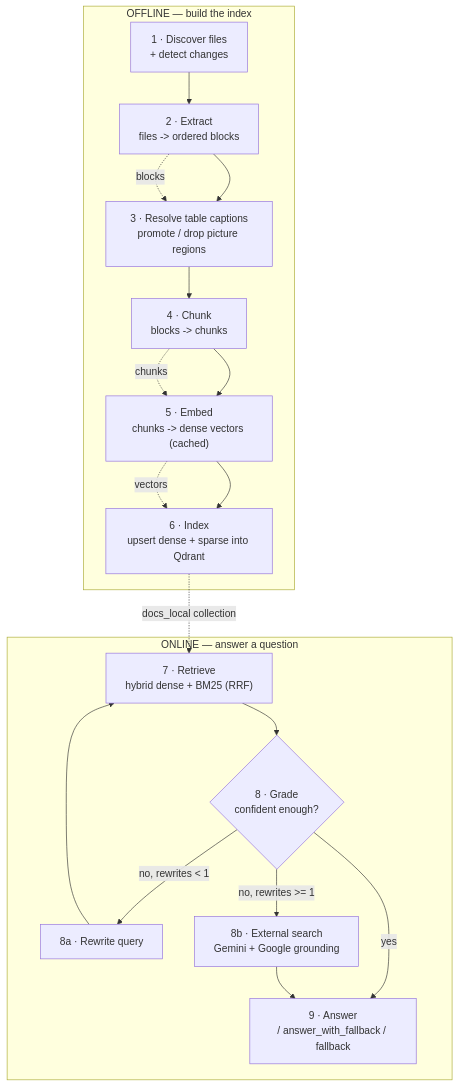
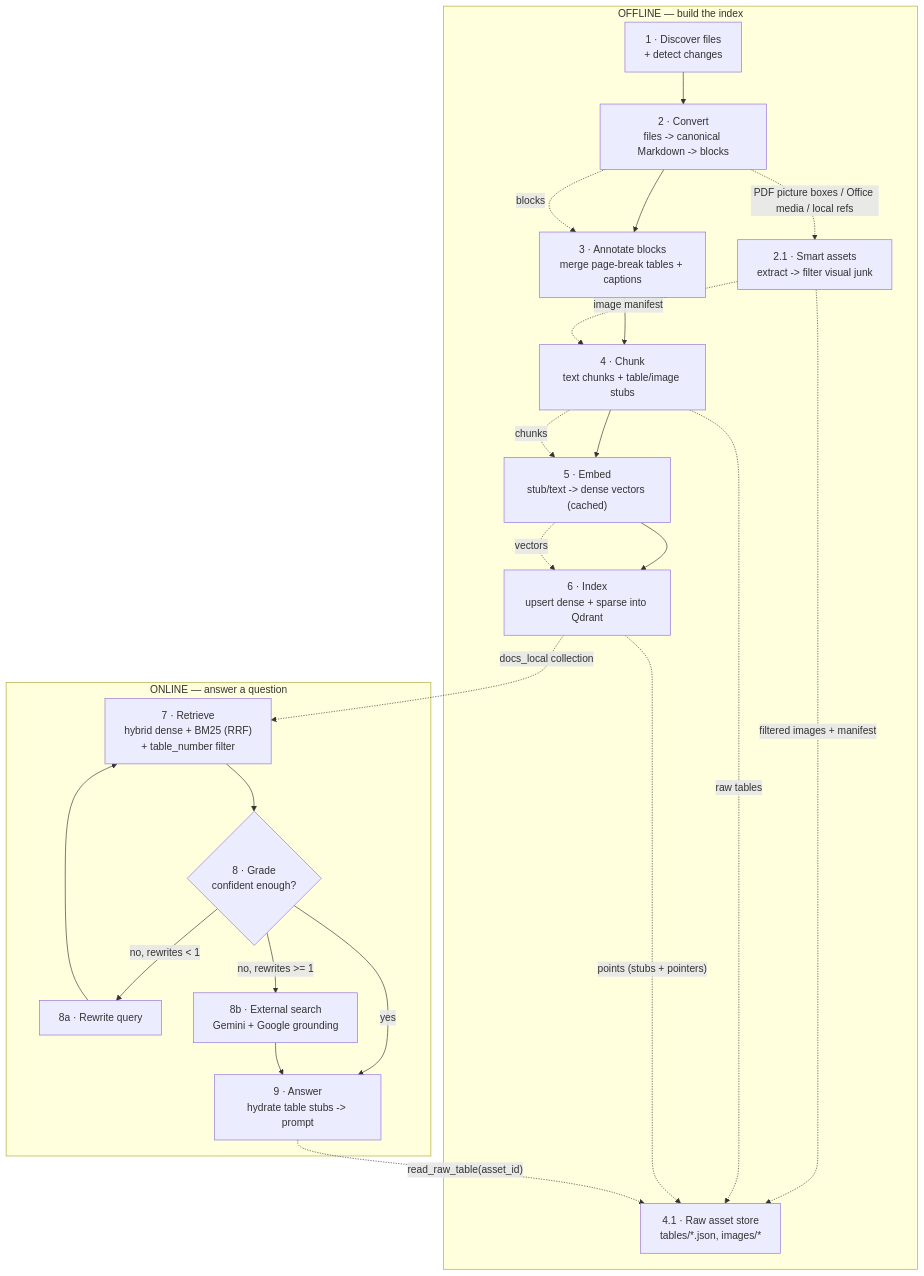
One commit to DeepT7/DocIntel-Agent changed the first of 2 diagrams in PIPELINE.md. Above: the diagram before and after it, drawn with Mermaid. The commit also changed other lines of this file and 32 other files, not shown here.

Commit message:
add tables and image ingestion process

````diff
--- a/PIPELINE.md
+++ b/PIPELINE.md
@@ -17,31 +17,39 @@
 ```mermaid
 flowchart TD
     subgraph OFFLINE["OFFLINE — build the index"]
         S1["1 · Discover files<br/>+ detect changes"]
-        S2["2 · Extract<br/>files -> ordered blocks"]
-        S3["3 · Resolve table captions<br/>promote / drop picture regions"]
-        S4["4 · Chunk<br/>blocks -> chunks"]
-        S5["5 · Embed<br/>chunks -> dense vectors (cached)"]
+        S2["2 · Convert<br/>files -> canonical Markdown -> blocks"]
+        S2B["2.1 · Smart assets<br/>extract -> filter visual junk"]
+        S3["3 · Annotate blocks<br/>merge page-break tables + captions"]
+        S4["4 · Chunk<br/>text chunks + table/image stubs"]
+        S4B["4.1 · Raw asset store<br/>tables/*.json, images/*"]
+        S5["5 · Embed<br/>stub/text -> dense vectors (cached)"]
         S6["6 · Index<br/>upsert dense + sparse into Qdrant"]
 
         S1 --> S2 --> S3 --> S4 --> S5 --> S6
         S2 -. "blocks" .-> S3
+        S2 -. "PDF picture boxes / Office media / local refs" .-> S2B
+        S2B -. "filtered images + manifest" .-> S4B
+        S2B -. "image manifest" .-> S4
+        S4 -. "raw tables" .-> S4B
         S4 -. "chunks" .-> S5
         S5 -. "vectors" .-> S6
+        S6 -. "points (stubs + pointers)" .-> S4B
     end
 
     subgraph ONLINE["ONLINE — answer a question"]
-        Q1["7 · Retrieve<br/>hybrid dense + BM25 (RRF)"]
+        Q1["7 · Retrieve<br/>hybrid dense + BM25 (RRF)<br/>+ table_number filter"]
         Q2{"8 · Grade<br/>confident enough?"}
         Q3["8a · Rewrite query"]
         Q4["8b · External search<br/>Gemini + Google grounding"]
-        Q5["9 · Answer<br/>/ answer_with_fallback / fallback"]
+        Q5["9 · Answer<br/>hydrate table stubs -> prompt"]
 
         Q1 --> Q2
         Q2 -- yes --> Q5
         Q2 -- "no, rewrites < 1" --> Q3 --> Q1
         Q2 -- "no, rewrites >= 1" --> Q4 --> Q5
+        Q5 -. "read_raw_table(asset_id)" .-> S4B
     end
 
     S6 -. "docs_local collection" .-> Q1
 ```
````
